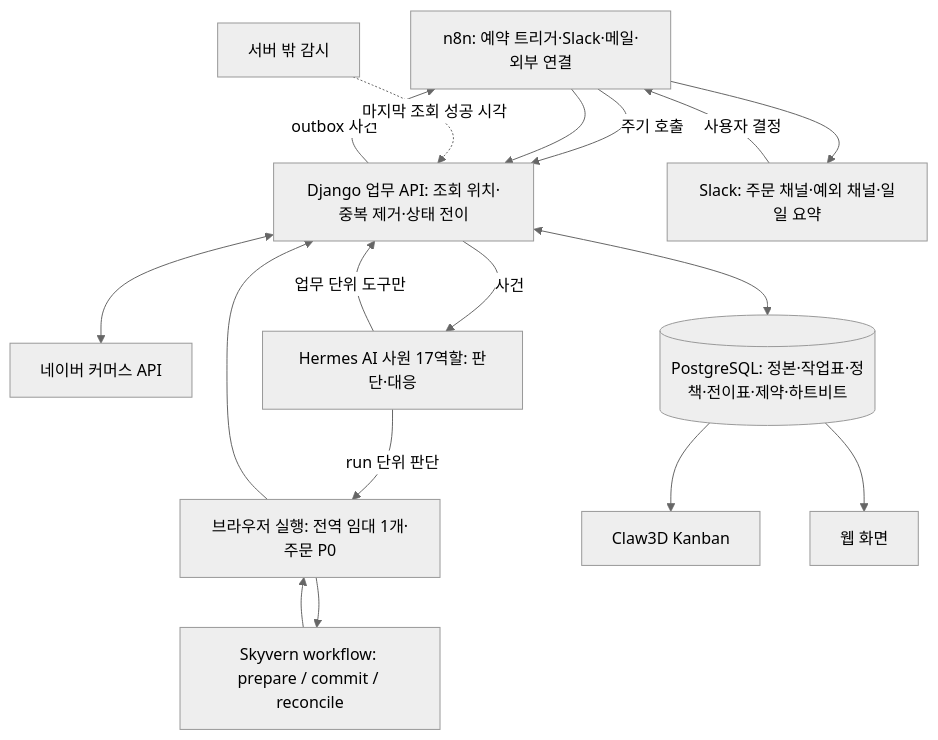
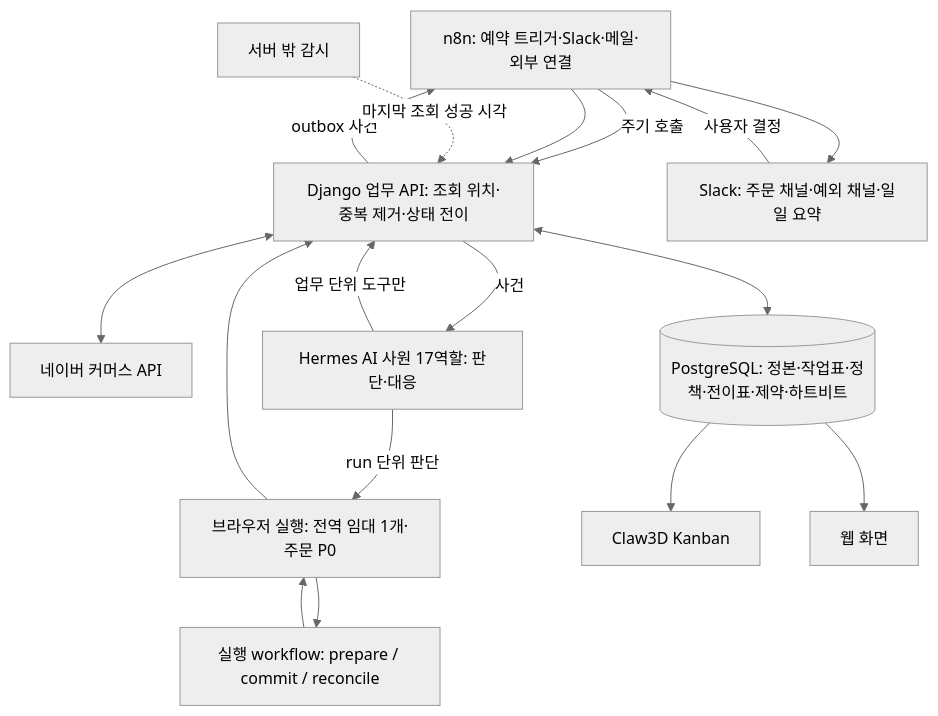
Before and after one commit to wogho/workspace-agent: the third of 3 diagrams in README.md, drawn with Mermaid (neutral theme). The commit also changed other lines of this file and 8 other files, not shown here.

Commit message:
Document current architecture and n8n workflows

````diff
--- a/README.md
+++ b/README.md
@@ -289,18 +341,18 @@
 ```mermaid
 flowchart TD
     N[네이버 커머스 API]
     N8[n8n: 예약 트리거·Slack·메일·외부 연결] -->|주기 호출| API[Django 업무 API: 조회 위치·중복 제거·상태 전이]
     API <--> N
     API <--> DB[(PostgreSQL: 정본·작업표·정책·전이표·제약·하트비트)]
     API -->|사건| H[Hermes AI 사원 17역할: 판단·대응]
     H -->|업무 단위 도구만| API
     H -->|run 단위 판단| BR[브라우저 실행: 전역 임대 1개·주문 P0]
-    BR --> SK[Skyvern workflow: prepare / commit / reconcile]
+    BR --> SK[실행 workflow: prepare / commit / reconcile]
     SK --> BR --> API
     API -->|outbox 사건| N8
     N8 --> SL[Slack: 주문 채널·예외 채널·일일 요약]
     SL -->|사용자 결정| N8 --> API
     DB --> KB[Claw3D Kanban]
     DB --> UI[웹 화면]
     HC[서버 밖 감시] -.->|마지막 조회 성공 시각| API
 ```
````
